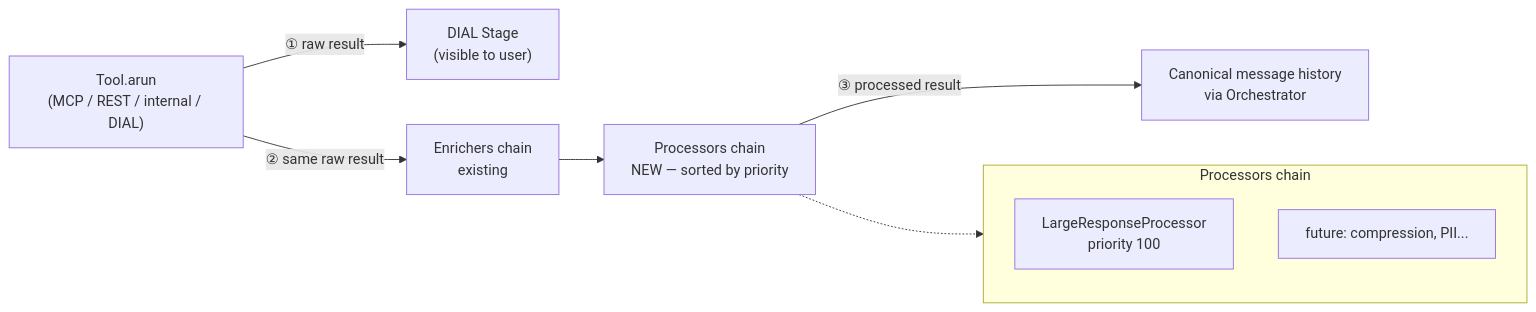
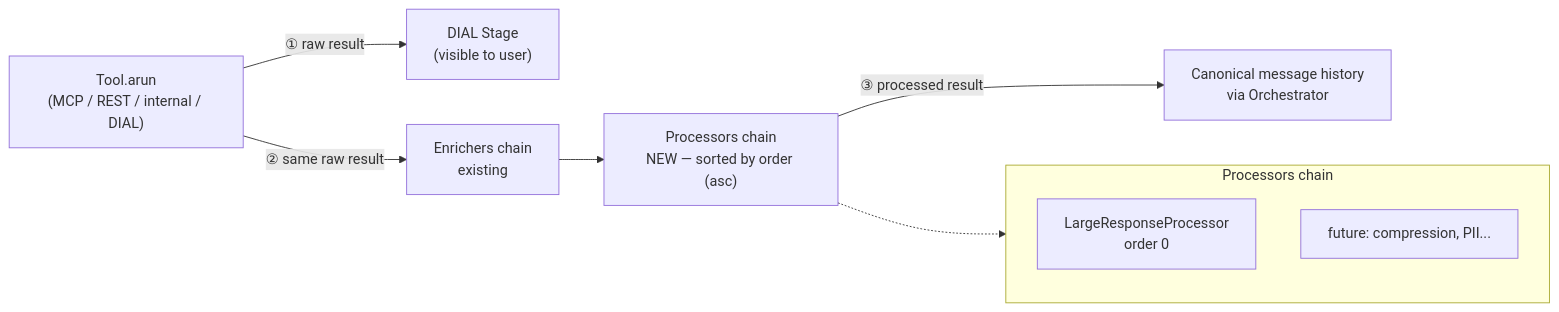
One commit to epam/ai-dial-quickapps-backend changed the second of 4 diagrams in docs/designs/large_tool_responses.md. Above: the diagram before and after it, drawn with Mermaid. The commit also changed other lines of this file, not shown here.

First line of the commit message:
docs: rework large-tool-response design onto DIAL files tooling

````diff
--- a/docs/designs/large_tool_responses.md
+++ b/docs/designs/large_tool_responses.md
@@ -206,14 +211,14 @@
 ```mermaid
 flowchart LR
     Tool["Tool.arun\n(MCP / REST / internal / DIAL)"]
     Tool -->|"① raw result"| Stage["DIAL Stage\n(visible to user)"]
     Tool -->|"② same raw result"| Enrich["Enrichers chain\nexisting"]
-    Enrich --> Proc["Processors chain\nNEW — sorted by priority"]
+    Enrich --> Proc["Processors chain\nNEW — sorted by order (asc)"]
     Proc -->|"③ processed result"| Hist["Canonical message history\nvia Orchestrator"]
     subgraph Proc_detail[Processors chain]
       direction TB
-      P1[LargeResponseProcessor<br/>priority 100]
+      P1[LargeResponseProcessor<br/>order 0]
       P2[future: compression, PII...]
     end
     Proc -.-> Proc_detail
 ```
````
